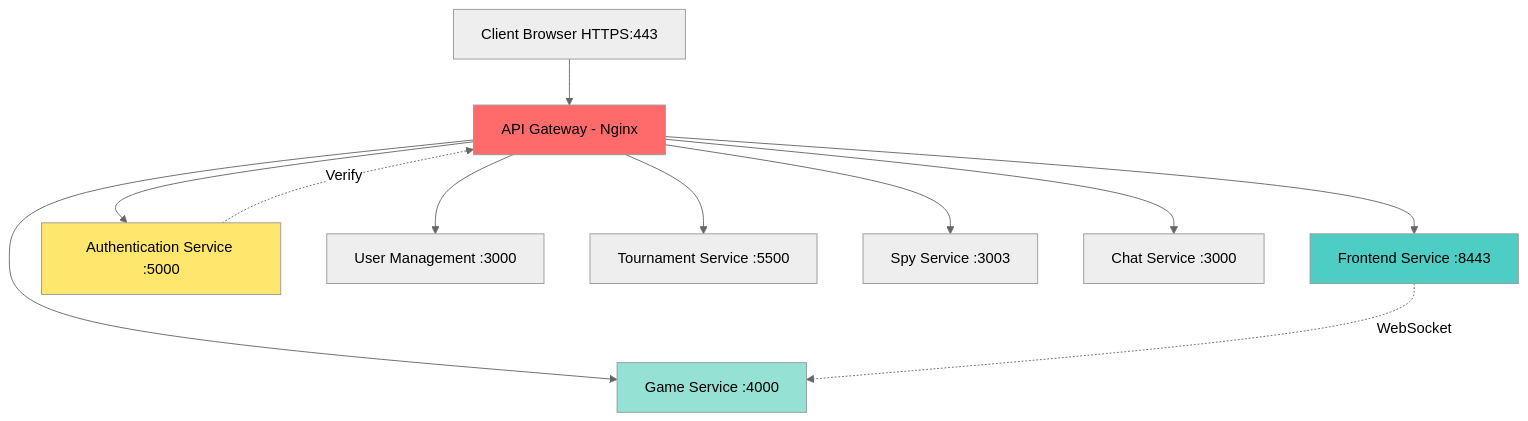
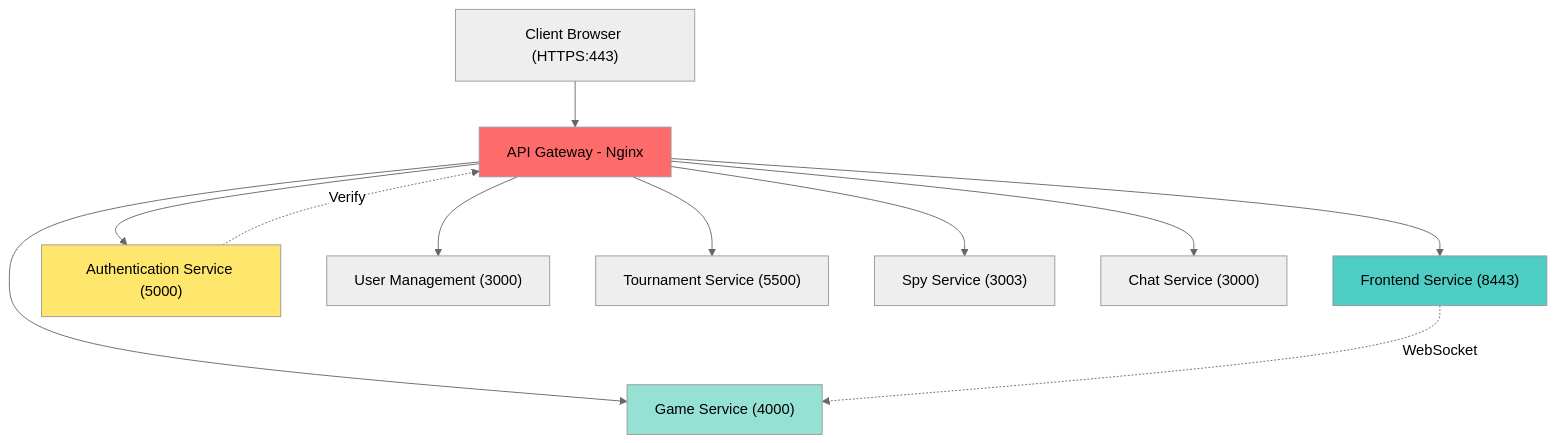
The first of 5 diagrams in PROJECT_DOCUMENTATION.md (sle-eper/gameP), drawn with Mermaid (neutral theme) before and after one commit. The commit also changed other lines of this file, not shown here.

Commit message:
Update architecture diagram labels for clarity

````diff
--- a/PROJECT_DOCUMENTATION.md
+++ b/PROJECT_DOCUMENTATION.md
@@ -15,23 +15,23 @@
 ```mermaid
 graph TB
-    Client[Client Browser HTTPS:443]
-    Gateway[API Gateway - Nginx]
+    Client["Client Browser (HTTPS:443)"]
+    Gateway["API Gateway - Nginx"]
     
     Client --> Gateway
     
-    Gateway --> Frontend[Frontend Service :8443]
-    Gateway --> Auth[Authentication Service :5000]
-    Gateway --> UserMgmt[User Management :3000]
-    Gateway --> Game[Game Service :4000]
-    Gateway --> Tournament[Tournament Service :5500]
-    Gateway --> Spy[Spy Service :3003]
-    Gateway --> Chat[Chat Service :3000]
+    Gateway --> Frontend["Frontend Service (8443)"]
+    Gateway --> Auth["Authentication Service (5000)"]
+    Gateway --> UserMgmt["User Management (3000)"]
+    Gateway --> Game["Game Service (4000)"]
+    Gateway --> Tournament["Tournament Service (5500)"]
+    Gateway --> Spy["Spy Service (3003)"]
+    Gateway --> Chat["Chat Service (3000)"]
     
     Frontend -.WebSocket.-> Game
     Auth -.Verify.-> Gateway
     
     style Gateway fill:#ff6b6b
     style Frontend fill:#4ecdc4
     style Auth fill:#ffe66d
     style Game fill:#95e1d3
 ```
````
